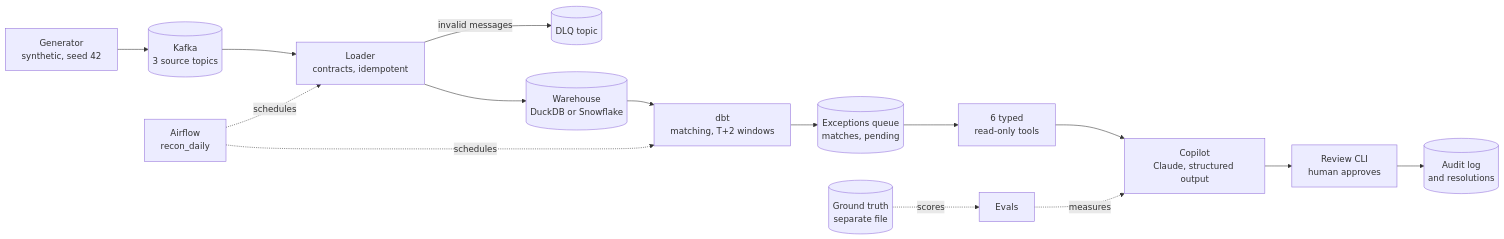
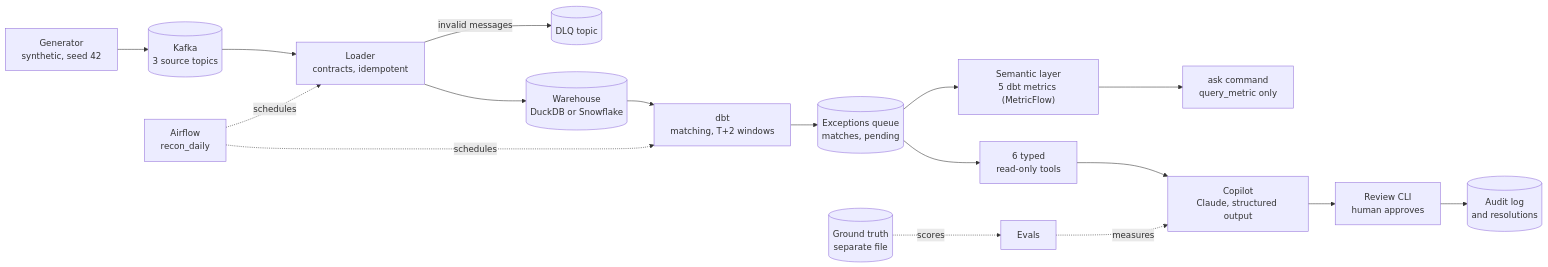
Before and after one commit to snehamondal-data/payments-recon-copilot: the diagram in README.md, drawn with Mermaid. The commit also changed other lines of this file and 1 other file, not shown here.

Commit message:
README: semantic layer and harder cases

````diff
--- a/README.md
+++ b/README.md
@@ -20,17 +23,19 @@
 ```mermaid
 flowchart LR
     gen["Generator<br/>synthetic, seed 42"] --> kafka[("Kafka<br/>3 source topics")]
     kafka --> loader["Loader<br/>contracts, idempotent"]
     loader -- "invalid messages" --> dlq[("DLQ topic")]
     loader --> wh[("Warehouse<br/>DuckDB or Snowflake")]
     wh --> dbt["dbt<br/>matching, T+2 windows"]
     dbt --> marts[("Exceptions queue<br/>matches, pending")]
     marts --> tools["6 typed<br/>read-only tools"]
+    marts --> semantic["Semantic layer<br/>5 dbt metrics (MetricFlow)"]
+    semantic --> ask["ask command<br/>query_metric only"]
     tools --> agent["Copilot<br/>Claude, structured output"]
     agent --> review["Review CLI<br/>human approves"]
     review --> audit[("Audit log<br/>and resolutions")]
     airflow["Airflow<br/>recon_daily"] -. "schedules" .-> loader
     airflow -. "schedules" .-> dbt
     gt[("Ground truth<br/>separate file")] -. "scores" .-> evals["Evals"]
     evals -. "measures" .-> agent
 ```
````
